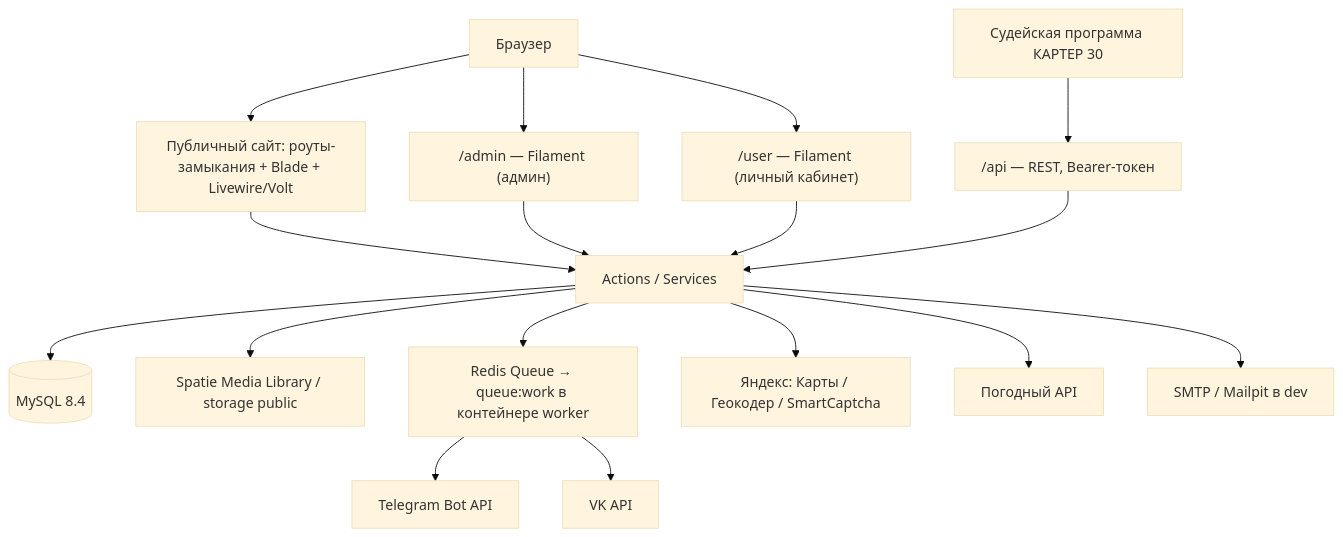
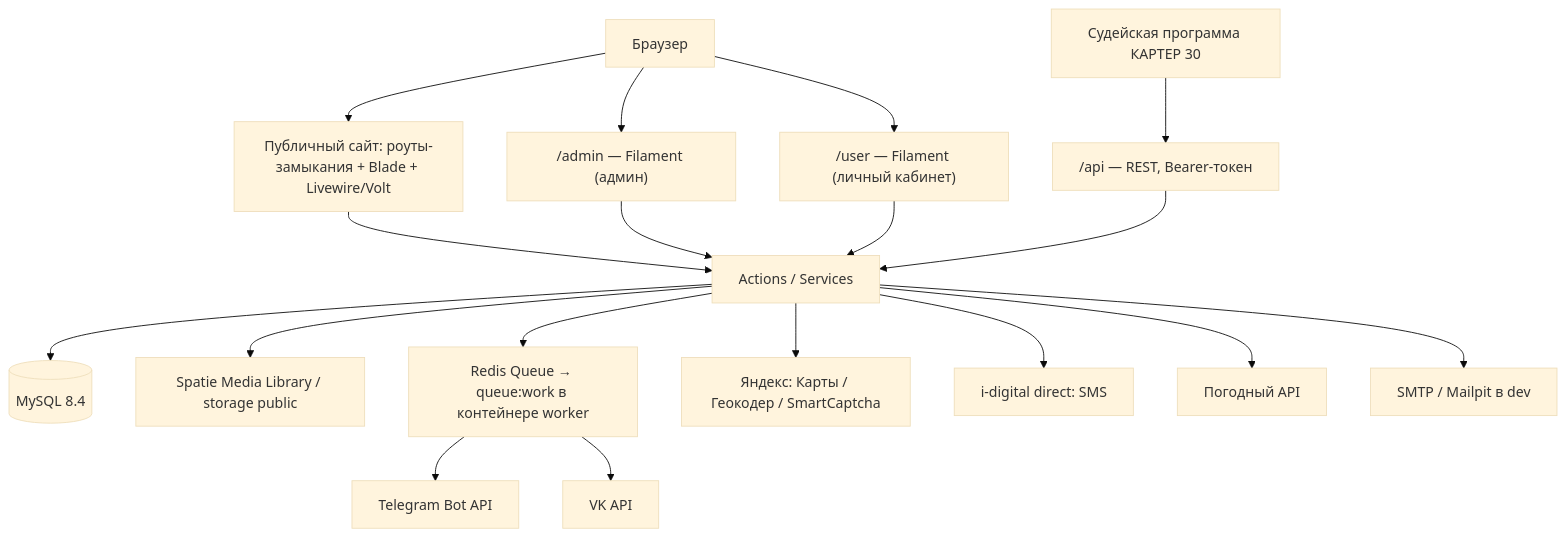
The first of 2 diagrams in DESIGN.md (traacc/yacht-site), drawn with Mermaid (base theme) before and after one commit. The commit also changed other lines of this file and 16 other files, not shown here.

First line of the commit message:
feat: implement phone verification via SMS using i-digital direct

````diff
--- a/DESIGN.md
+++ b/DESIGN.md
@@ -26,23 +26,24 @@
 ```mermaid
 graph TB
     Browser[Браузер] --> Public[Публичный сайт: роуты-замыкания + Blade + Livewire/Volt]
     Browser --> Admin["/admin — Filament (админ)"]
     Browser --> Cabinet["/user — Filament (личный кабинет)"]
 
     Public --> Actions[Actions / Services]
     Admin --> Actions
     Cabinet --> Actions
 
     Actions --> DB[(MySQL 8.4)]
     Actions --> Media[Spatie Media Library / storage public]
     Actions --> Queue[Redis Queue → queue:work в контейнере worker]
 
     Queue --> TG[Telegram Bot API]
     Queue --> VK[VK API]
     Actions --> Yandex[Яндекс: Карты / Геокодер / SmartCaptcha]
+    Actions --> Sms[i-digital direct: SMS]
     Actions --> Weather[Погодный API]
     Actions --> Mail[SMTP / Mailpit в dev]
 
     Judge[Судейская программа КАРТЕР 30] --> Api["/api — REST, Bearer-токен"]
     Api --> Actions
 ```
````
